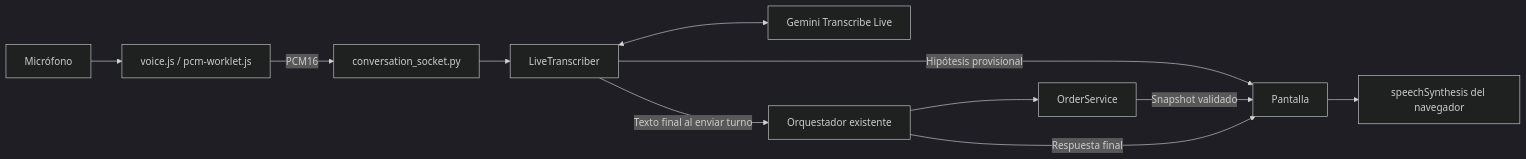
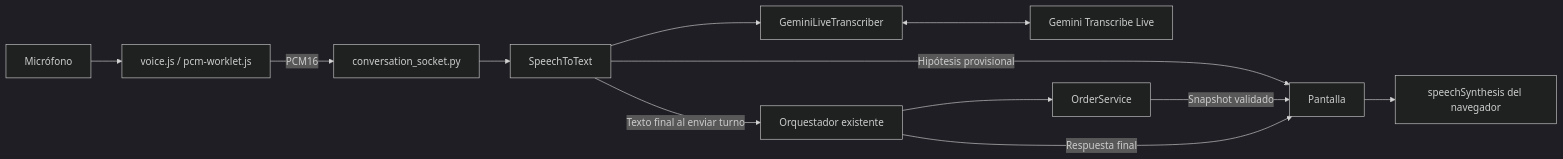
One commit to gsierra1/self_order changed the diagram in docs/voz.md. Above: the diagram before and after it, drawn with Mermaid (dark theme). The commit also changed other lines of this file and 16 other files, not shown here.

````diff
--- a/docs/voz.md
+++ b/docs/voz.md
@@ -7,13 +7,14 @@
 ```mermaid
 flowchart LR
     M[Micrófono] --> V[voice.js / pcm-worklet.js]
     V -->|PCM16| W[conversation_socket.py]
-    W --> T[LiveTranscriber]
-    T <--> G[Gemini Transcribe Live]
+    W --> T[SpeechToText]
+    T --> GT[GeminiLiveTranscriber]
+    GT <--> G[Gemini Transcribe Live]
     T -->|Hipótesis provisional| UI[Pantalla]
     T -->|Texto final al enviar turno| O[Orquestador existente]
     O --> S[OrderService]
     S -->|Snapshot validado| UI
     O -->|Respuesta final| UI
     UI --> R[speechSynthesis del navegador]
 ```
````
